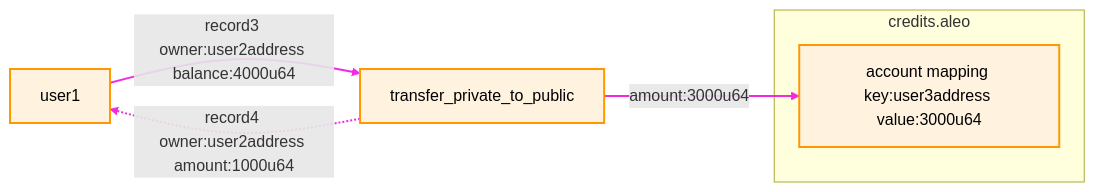
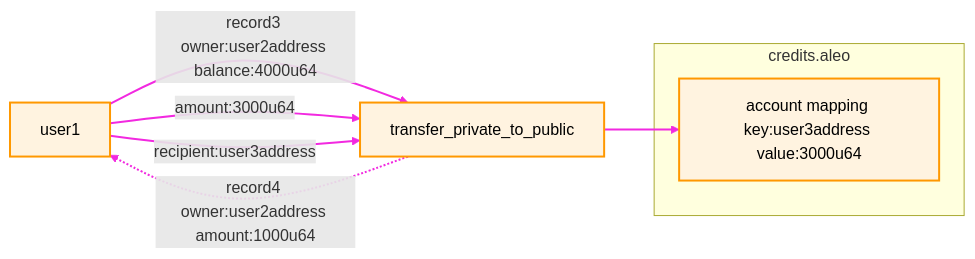
One commit to AleoNet/welcome changed the third of 6 diagrams in documentation/concepts/fundamentals/08_transfers.md. Above: the diagram before and after it, drawn with Mermaid. The commit also changed other lines of this file and 1 other file, not shown here.

````diff
--- a/documentation/concepts/fundamentals/08_transfers.md
+++ b/documentation/concepts/fundamentals/08_transfers.md
@@ -109,12 +143,14 @@
 ```mermaid
 graph LR
     subgraph credits.aleo
         m1[account mapping key:user3address value:3000u64]
     end
     user1--record3 owner:user2address balance:4000u64-->t1[transfer_private_to_public]
+    user1--amount:3000u64-->t1
+    user1--recipient:user3address-->t1
     t1-.record4 owner:user2address amount:1000u64.->user1
-    t1--amount:3000u64-->m1
+    t1-->m1
     
     classDef default fill:#fff3e0,stroke:#ff9800,stroke-width:2px,color:#000;
     linkStyle default stroke:#f229e0,stroke-width:2px;
 ```
````
